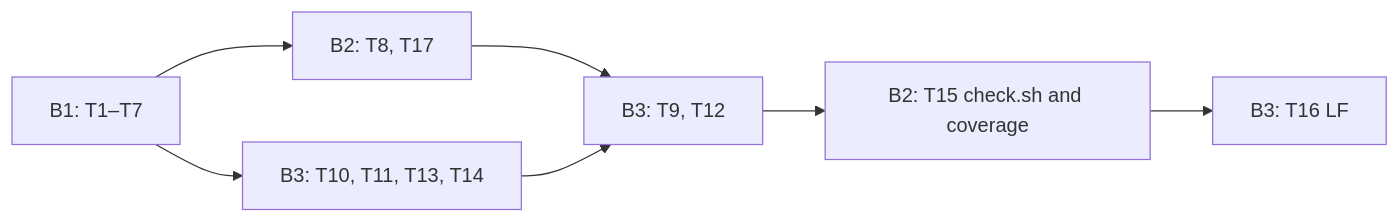
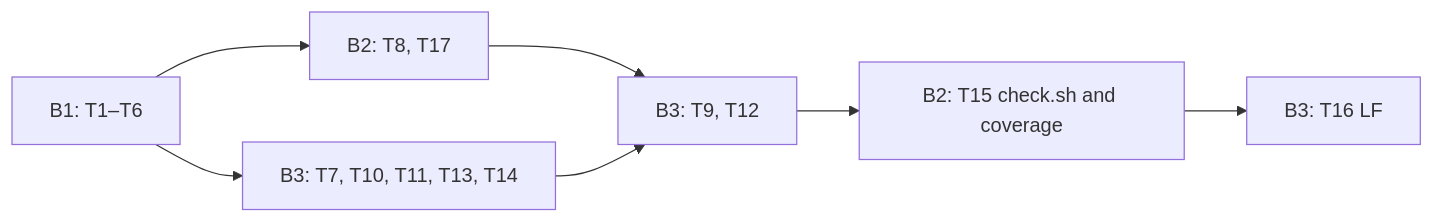
Before and after one commit to D0n9X1n/mermaid-tty: the diagram in docs/plans/2026-10-28-mermaid-tty-v1-B-docs-release.md, drawn with Mermaid. The commit also changed other lines of this file and 2 other files, not shown here.

````diff
--- a/docs/plans/2026-10-28-mermaid-tty-v1-B-docs-release.md
+++ b/docs/plans/2026-10-28-mermaid-tty-v1-B-docs-release.md
@@ -135,9 +136,9 @@
 ```mermaid
 flowchart LR
-  B1["B1: T1–T7"] --> B2a["B2: T8, T17"]
-  B1 --> B3a["B3: T10, T11, T13, T14"]
+  B1["B1: T1–T6"] --> B2a["B2: T8, T17"]
+  B1 --> B3a["B3: T7, T10, T11, T13, T14"]
   B2a --> B3b["B3: T9, T12"]
   B3a --> B3b
   B3b --> T15["B2: T15 check.sh and coverage"]
   T15 --> T16["B3: T16 LF"]
 ```
````
